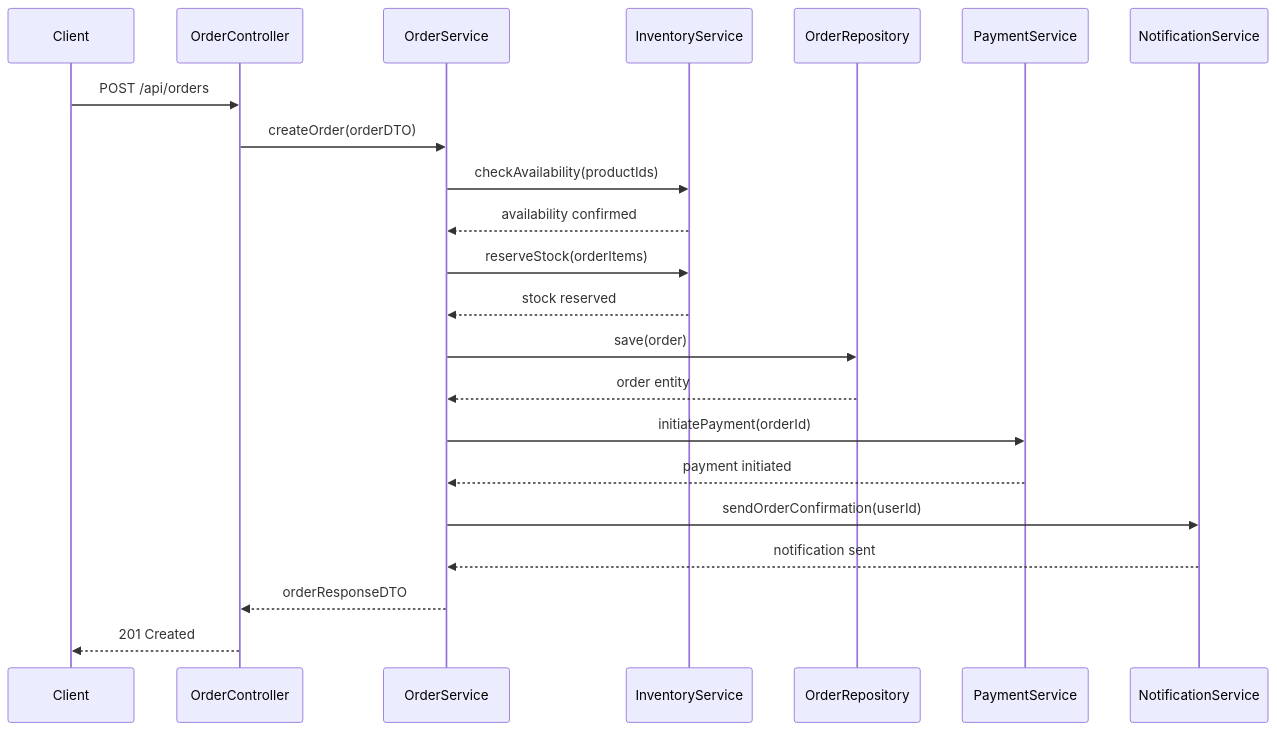
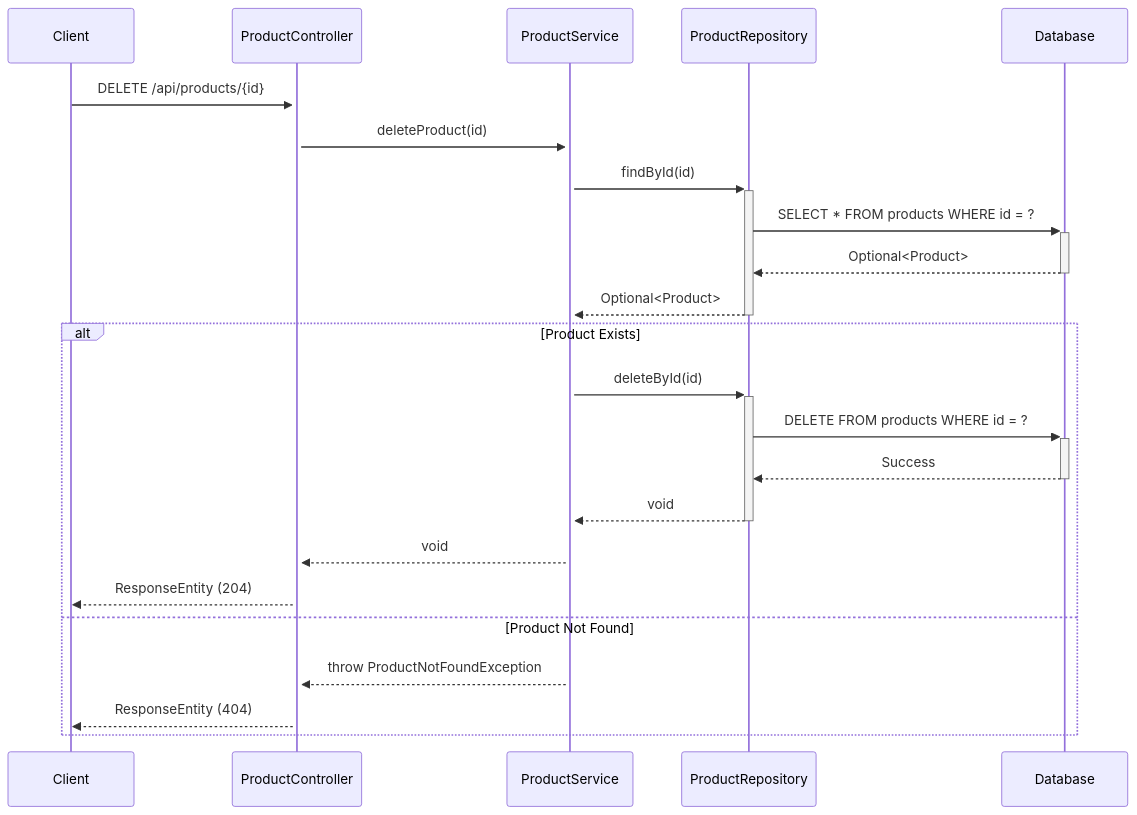
The seventh of 13 diagrams in docs/LLD/modified_lld.md (NavneetBN47/aava-ecom-demo), drawn with Mermaid before and after one commit. The commit also changed other lines of this file, not shown here.

````diff
--- a/docs/LLD/modified_lld.md
+++ b/docs/LLD/modified_lld.md
@@ -401,25 +319,28 @@
 ```mermaid
 sequenceDiagram
     participant Client
-    participant OrderController
-    participant OrderService
-    participant InventoryService
-    participant OrderRepository
-    participant PaymentService
-    participant NotificationService
-
-    Client->>OrderController: POST /api/orders
-    OrderController->>OrderService: createOrder(orderDTO)
-    OrderService->>InventoryService: checkAvailability(productIds)
-    InventoryService-->>OrderService: availability confirmed
-    OrderService->>InventoryService: reserveStock(orderItems)
-    InventoryService-->>OrderService: stock reserved
-    OrderService->>OrderRepository: save(order)
-    OrderRepository-->>OrderService: order entity
-    OrderService->>PaymentService: initiatePayment(orderId)
-    PaymentService-->>OrderService: payment initiated
-    OrderService->>NotificationService: sendOrderConfirmation(userId)
-    NotificationService-->>OrderService: notification sent
-    OrderService-->>OrderController: orderResponseDTO
-    OrderController-->>Client: 201 Created
+    participant ProductController
+    participant ProductService
+    participant ProductRepository
+    participant Database
+    
+    Client->>+ProductController: DELETE /api/products/{id}
+    ProductController->>+ProductService: deleteProduct(id)
+    
+    ProductService->>+ProductRepository: findById(id)
+    ProductRepository->>+Database: SELECT * FROM products WHERE id = ?
+    Database-->>-ProductRepository: Optional<Product>
+    ProductRepository-->>-ProductService: Optional<Product>
+    
+    alt Product Exists
+        ProductService->>+ProductRepository: deleteById(id)
+        ProductRepository->>+Database: DELETE FROM products WHERE id = ?
+        Database-->>-ProductRepository: Success
+        ProductRepository-->>-ProductService: void
+        ProductService-->>ProductController: void
+        ProductController-->>Client: ResponseEntity (204)
+    else Product Not Found
+        ProductService-->>ProductController: throw ProductNotFoundException
+        ProductController-->>Client: ResponseEntity (404)
+    end
 ```
````
